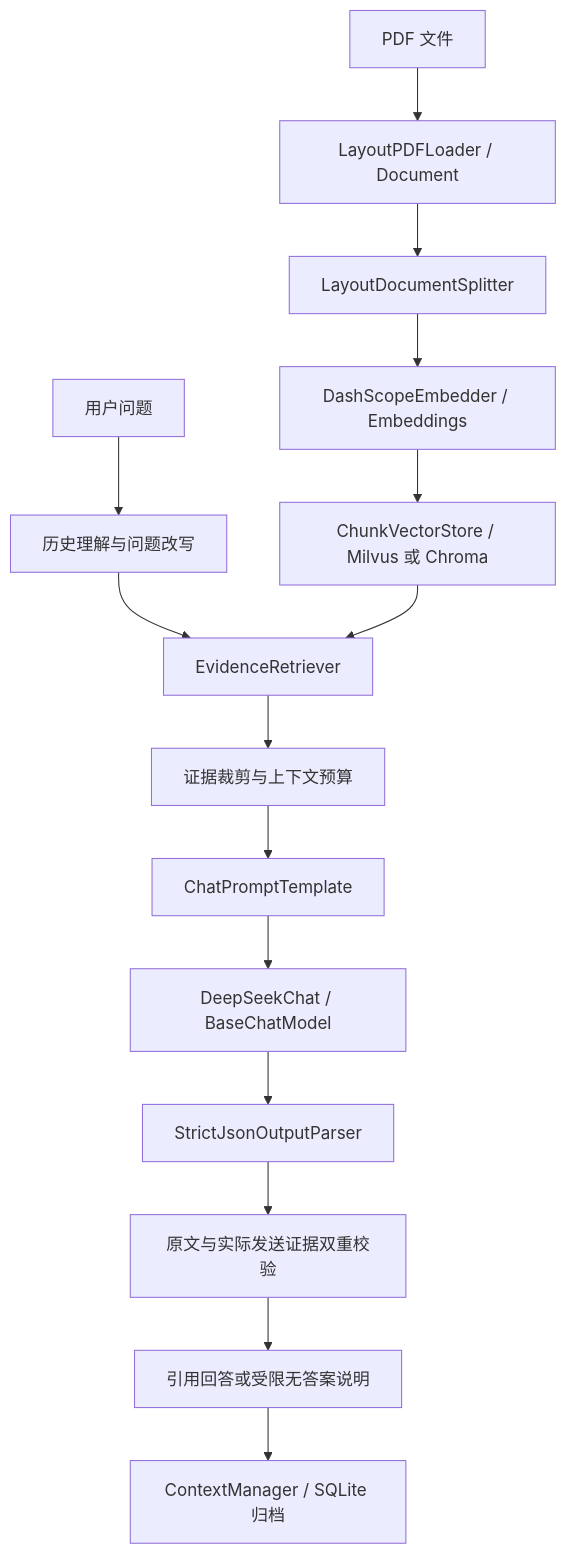
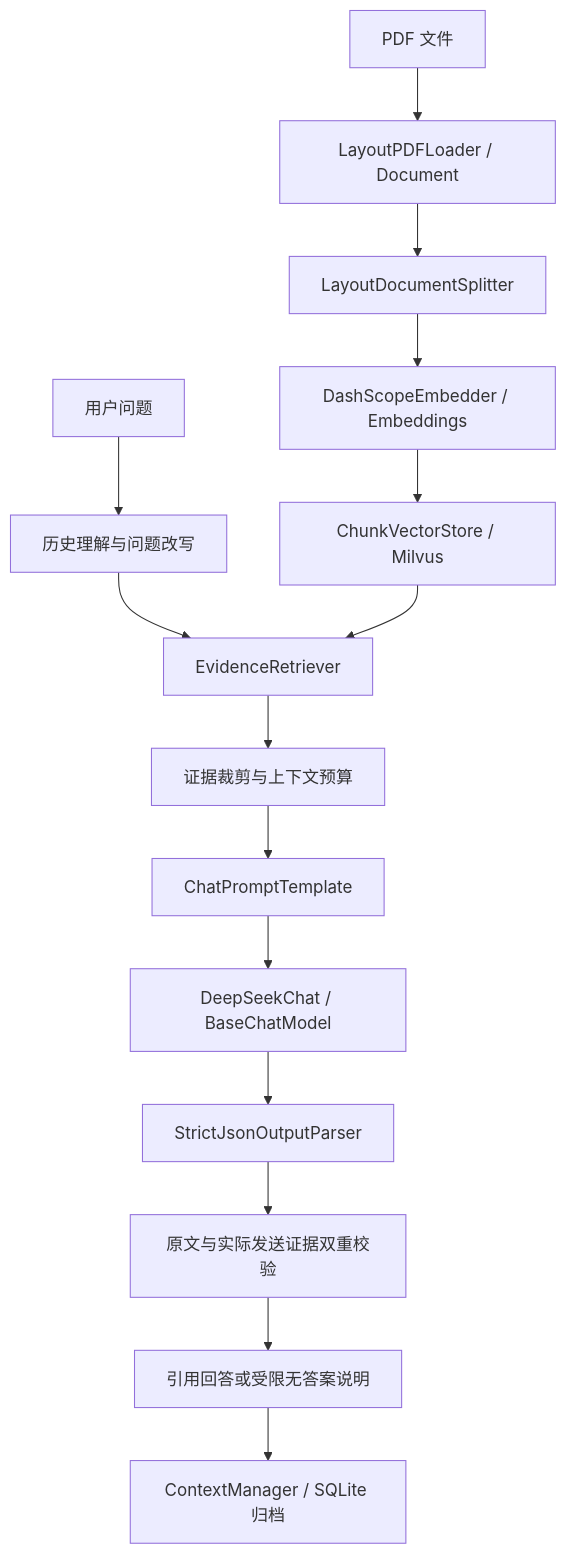
Before and after one commit to Austinlu29/mini-RAGflow: the diagram in README.md, drawn with Mermaid. The commit also changed other lines of this file and 18 other files, not shown here.

Commit message:
refactor: remove ChromaDB and use Milvus exclusively

````diff
--- a/README.md
+++ b/README.md
@@ -32,17 +32,17 @@
 ```mermaid
 flowchart TD
     PDF[PDF 文件] --> Loader[LayoutPDFLoader / Document]
     Loader --> Splitter[LayoutDocumentSplitter]
     Splitter --> Embedding[DashScopeEmbedder / Embeddings]
-    Embedding --> Store[ChunkVectorStore / Milvus 或 Chroma]
+    Embedding --> Store[ChunkVectorStore / Milvus]
     Question[用户问题] --> Rewrite[历史理解与问题改写]
     Rewrite --> Retriever[EvidenceRetriever]
     Store --> Retriever
     Retriever --> Context[证据裁剪与上下文预算]
     Context --> Prompt[ChatPromptTemplate]
     Prompt --> Model[DeepSeekChat / BaseChatModel]
     Model --> Parser[StrictJsonOutputParser]
     Parser --> Validate[原文与实际发送证据双重校验]
     Validate --> Answer[引用回答或受限无答案说明]
     Answer --> Archive[ContextManager / SQLite 归档]
 ```
````
